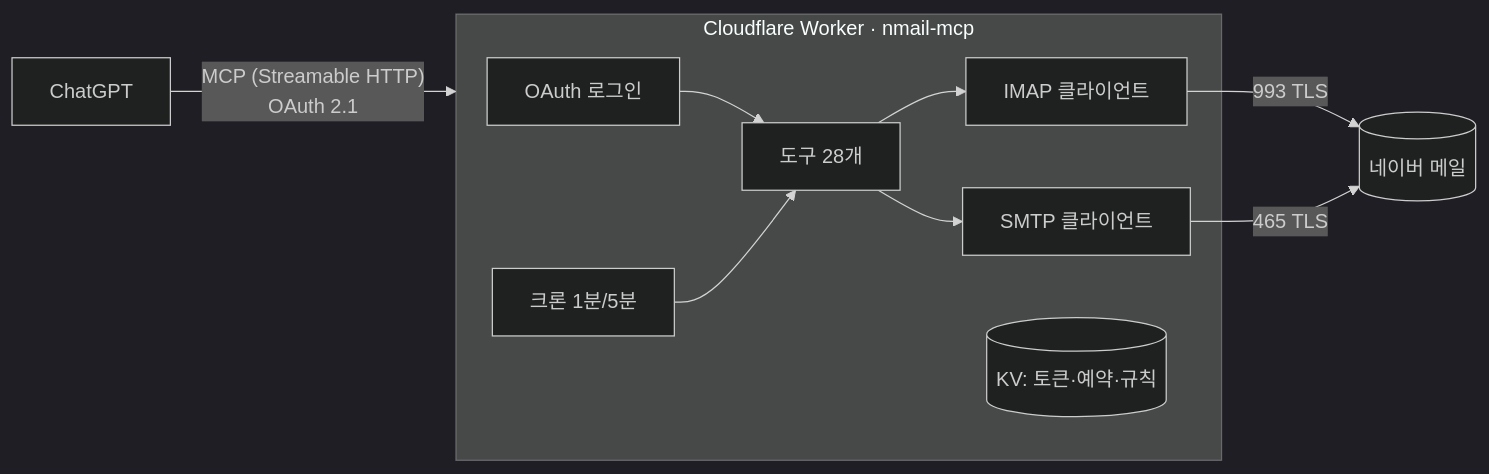
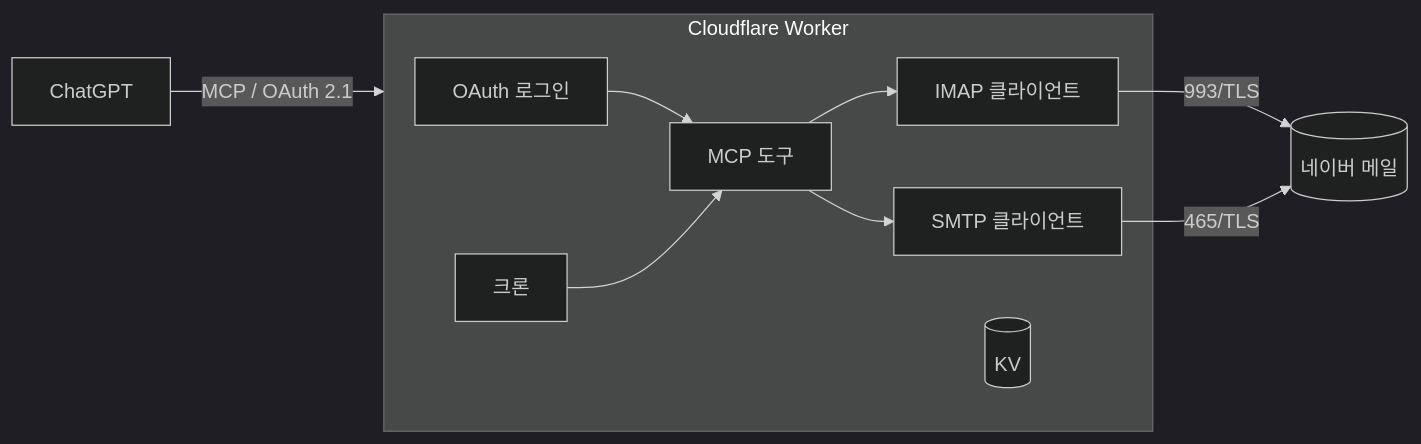
One commit to yakisoba0728/nmail-mcp changed the diagram in README.md. Above: the diagram before and after it, drawn with Mermaid (dark theme). The commit also changed other lines of this file and 7 other files, not shown here.

````diff
--- a/README.md
+++ b/README.md
@@ -166,13 +109,13 @@
 ```mermaid
 flowchart LR
-  C[ChatGPT] -- "MCP (Streamable HTTP)<br/>OAuth 2.1" --> W
-  subgraph W[Cloudflare Worker · nmail-mcp]
-    A[OAuth 로그인] --> T[도구 28개]
+  C[ChatGPT] -- "MCP / OAuth 2.1" --> W
+  subgraph W[Cloudflare Worker]
+    A[OAuth 로그인] --> T[MCP 도구]
     T --> I[IMAP 클라이언트]
     T --> S[SMTP 클라이언트]
-    K[(KV: 토큰·예약·규칙)]
-    Cron[크론 1분/5분] --> T
+    K[(KV)]
+    Cron[크론] --> T
   end
-  I -- "993 TLS" --> N[(네이버 메일)]
-  S -- "465 TLS" --> N
+  I -- "993/TLS" --> N[(네이버 메일)]
+  S -- "465/TLS" --> N
 ```
````
